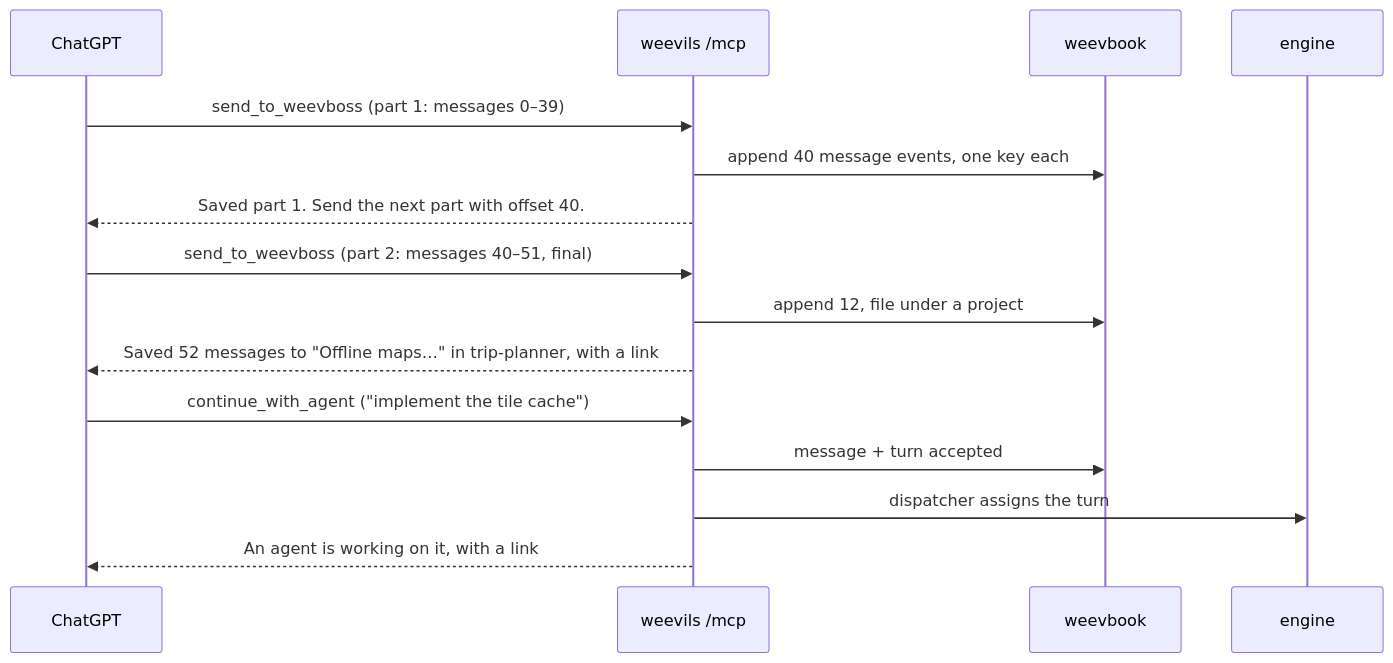
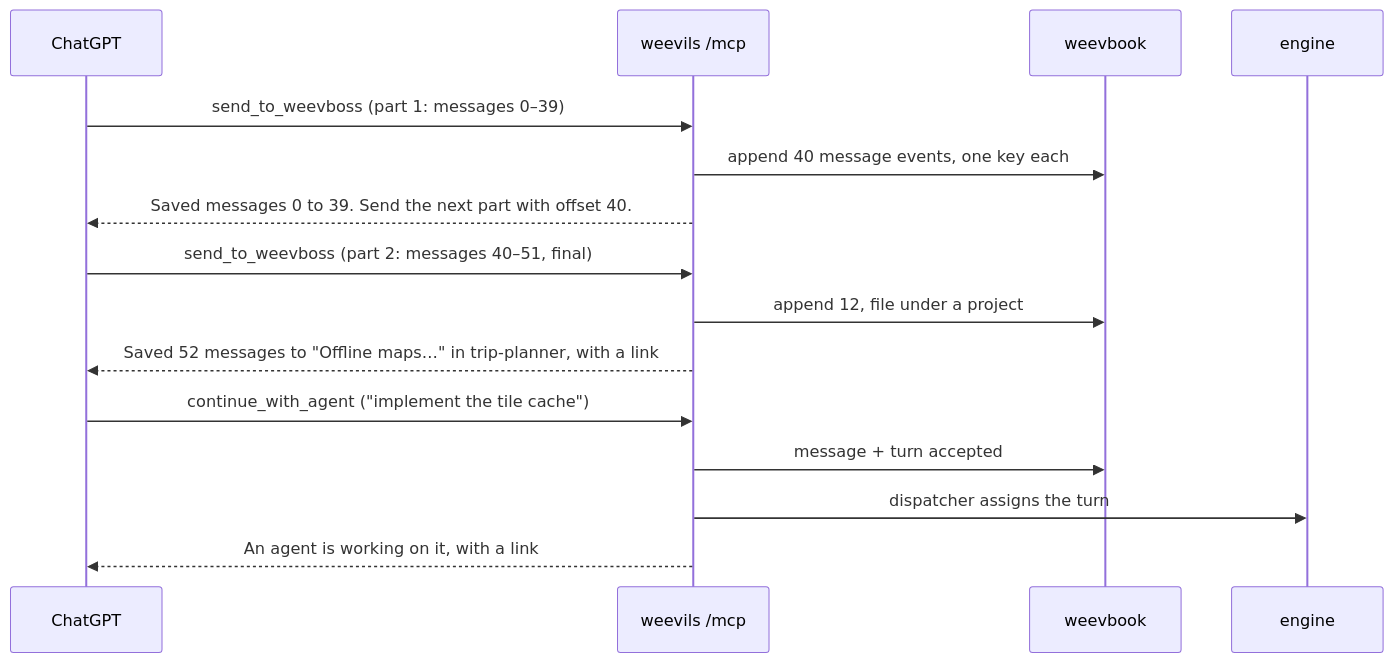
One commit to Sc4rville/weevils changed the diagram in docs/spec/05-connector.md. Above: the diagram before and after it, drawn with Mermaid. The commit also changed other lines of this file and 1 other file, not shown here.

````diff
--- a/docs/spec/05-connector.md
+++ b/docs/spec/05-connector.md
@@ -7,17 +7,17 @@
 ```mermaid
 sequenceDiagram
   participant C as ChatGPT
   participant M as weevils /mcp
   participant W as weevbook
   participant E as engine
   C->>M: send_to_weevboss (part 1: messages 0–39)
   M->>W: append 40 message events, one key each
-  M-->>C: Saved part 1. Send the next part with offset 40.
+  M-->>C: Saved messages 0 to 39. Send the next part with offset 40.
   C->>M: send_to_weevboss (part 2: messages 40–51, final)
   M->>W: append 12, file under a project
   M-->>C: Saved 52 messages to "Offline maps…" in trip-planner, with a link
   C->>M: continue_with_agent ("implement the tile cache")
   M->>W: message + turn accepted
   M->>E: dispatcher assigns the turn
   M-->>C: An agent is working on it, with a link
 ```
````
